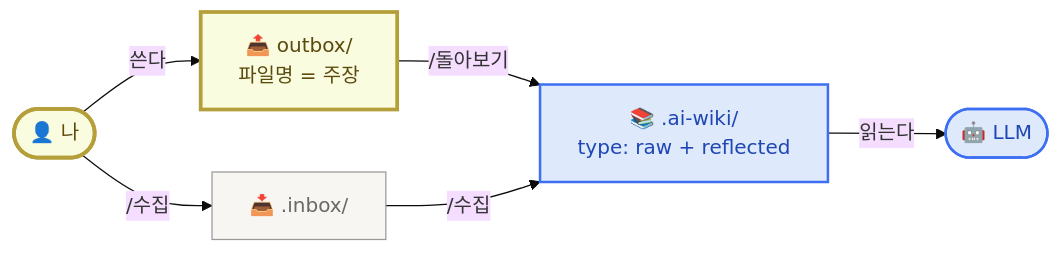
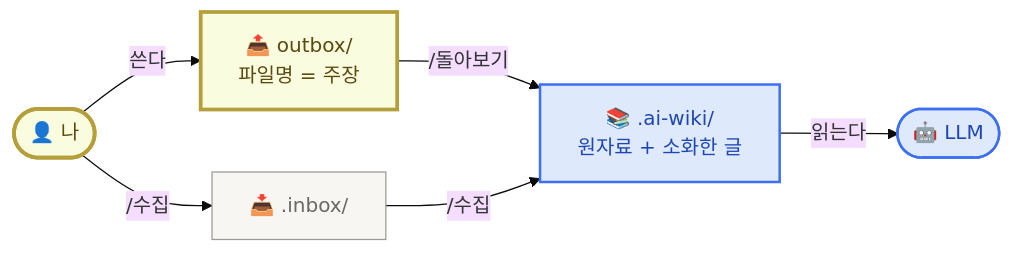
The first of 2 diagrams in content/mechanism.mdx (imakerjun/ai-learning-agent-workshop), drawn with Mermaid (base theme) before and after one commit. The commit also changed other lines of this file and 6 other files, not shown here.

````diff
--- a/content/mechanism.mdx
+++ b/content/mechanism.mdx
@@ -30,25 +30,25 @@
 ```mermaid
 flowchart LR
     Me(["👤 나"])
     Out["📤 outbox/<br/>파일명 = 주장"]
     In["📥 .inbox/"]
-    AI["📚 .ai-wiki/<br/>type: raw + reflected"]
+    AI["📚 .ai-wiki/<br/>원자료 + 소화한 글"]
     LLM(["🤖 LLM"])
 
     Me -- "쓴다" --> Out
     Me -- "/수집" --> In
     Out -- "/돌아보기" --> AI
     In -- "/수집" --> AI
     AI -- "읽는다" --> LLM
 
     classDef me fill:#fafce0,stroke:#b59f3b,stroke-width:3px,color:#5b4a0e
     classDef out fill:#fafce0,stroke:#b59f3b,stroke-width:3px,color:#5b4a0e
     classDef in fill:#f7f6f3,stroke:#9b9a97,color:#6b6964
     classDef ai fill:#dee9fb,stroke:#3d6ff2,stroke-width:2px,color:#1f47b3
     classDef llm fill:#dee9fb,stroke:#3d6ff2,stroke-width:2px,color:#1f47b3
     class Me me
     class Out out
     class In in
     class AI ai
     class LLM llm
 ```
````
